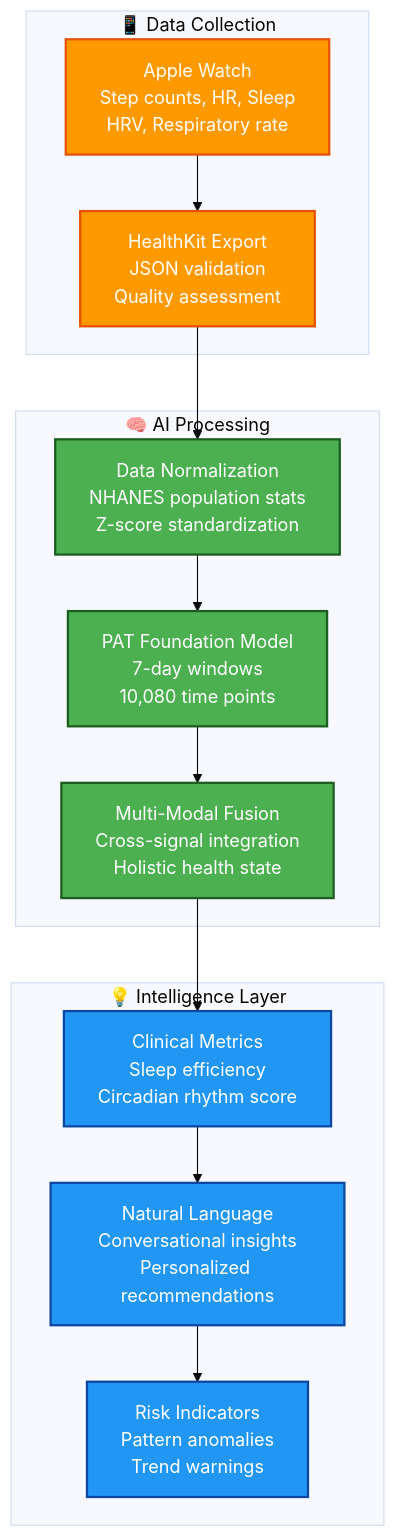
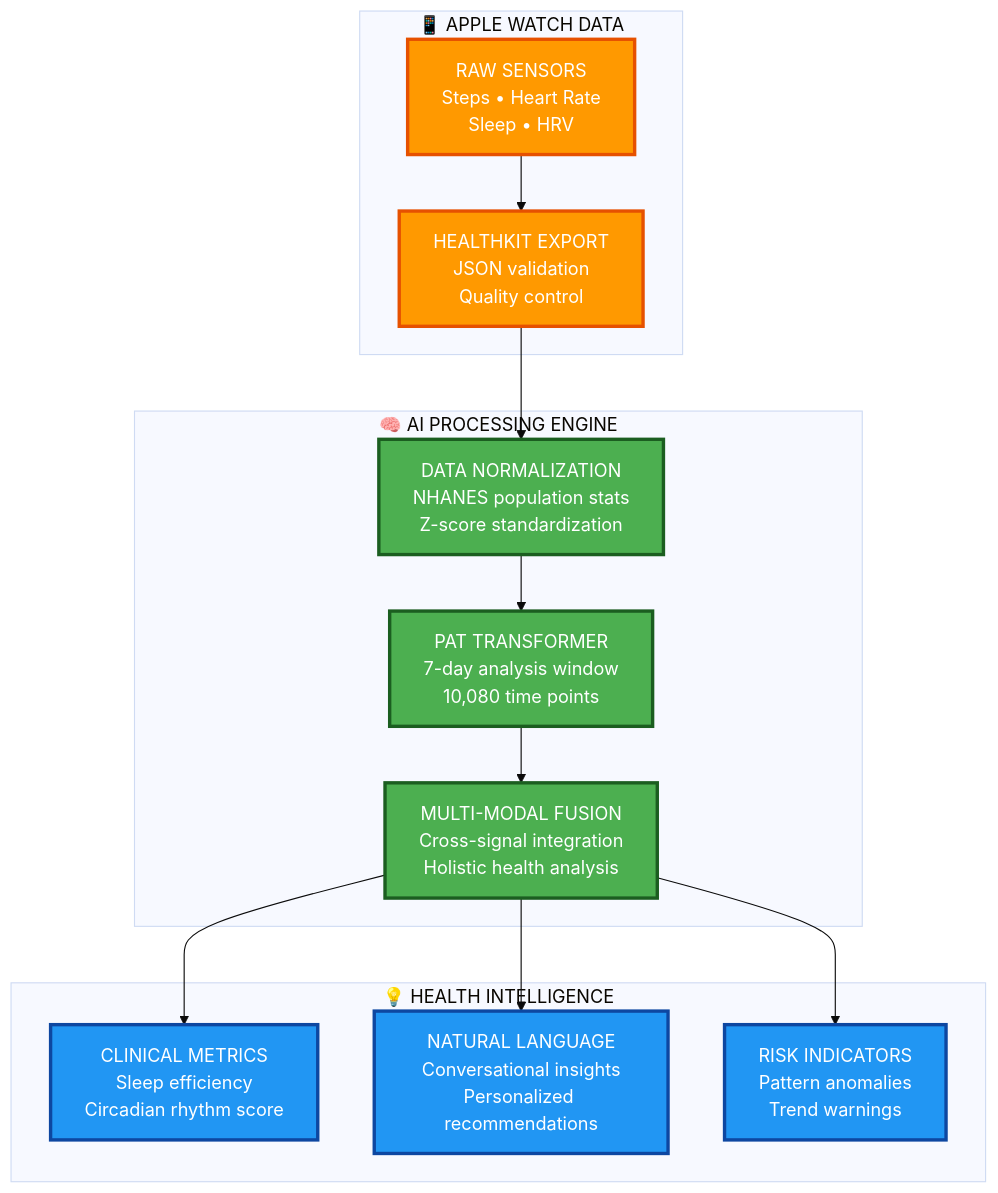
The first of 2 diagrams in docs/README.md (Clairty-Digital-Twin/clarity-loop-backend), drawn with Mermaid (base theme) before and after one commit. The commit also changed other lines of this file and 3 other files, not shown here.

````diff
--- a/docs/README.md
+++ b/docs/README.md
@@ -29,30 +29,35 @@
 ```mermaid
-graph TB
-    subgraph DataCollection ["📱 Data Collection"]
-        A[Apple Watch<br/>Step counts, HR, Sleep<br/>HRV, Respiratory rate]
-        B[HealthKit Export<br/>JSON validation<br/>Quality assessment]
+flowchart TD
+    subgraph Collection ["📱 APPLE WATCH DATA"]
+        A[RAW SENSORS<br/>Steps • Heart Rate<br/>Sleep • HRV]
+        B[HEALTHKIT EXPORT<br/>JSON validation<br/>Quality control]
     end
     
-    subgraph Processing ["🧠 AI Processing"]
-        C[Data Normalization<br/>NHANES population stats<br/>Z-score standardization]
-        D[PAT Foundation Model<br/>7-day windows<br/>10,080 time points]
-        E[Multi-Modal Fusion<br/>Cross-signal integration<br/>Holistic health state]
+    subgraph Processing ["🧠 AI PROCESSING ENGINE"]
+        C[DATA NORMALIZATION<br/>NHANES population stats<br/>Z-score standardization]
+        D[PAT TRANSFORMER<br/>7-day analysis window<br/>10,080 time points]
+        E[MULTI-MODAL FUSION<br/>Cross-signal integration<br/>Holistic health analysis]
     end
     
-    subgraph Intelligence ["💡 Intelligence Layer"]
-        F[Clinical Metrics<br/>Sleep efficiency<br/>Circadian rhythm score]
-        G[Natural Language<br/>Conversational insights<br/>Personalized recommendations]
-        H[Risk Indicators<br/>Pattern anomalies<br/>Trend warnings]
+    subgraph Intelligence ["💡 HEALTH INTELLIGENCE"]
+        F[CLINICAL METRICS<br/>Sleep efficiency<br/>Circadian rhythm score]
+        G[NATURAL LANGUAGE<br/>Conversational insights<br/>Personalized recommendations]
+        H[RISK INDICATORS<br/>Pattern anomalies<br/>Trend warnings]
     end
     
-    A --> B --> C --> D --> E
-    E --> F --> G --> H
+    A --> B
+    B --> C
+    C --> D
+    D --> E
+    E --> F
+    E --> G
+    E --> H
     
-    classDef collection fill:#ff9900,stroke:#e65100,stroke-width:2px,color:white
-    classDef processing fill:#4caf50,stroke:#1b5e20,stroke-width:2px,color:white
-    classDef intelligence fill:#2196f3,stroke:#0d47a1,stroke-width:2px,color:white
+    classDef collection fill:#ff9900,stroke:#e65100,stroke-width:3px,color:white
+    classDef processing fill:#4caf50,stroke:#1b5e20,stroke-width:3px,color:white
+    classDef intelligence fill:#2196f3,stroke:#0d47a1,stroke-width:3px,color:white
     
     class A,B collection
     class C,D,E processing
     class F,G,H intelligence
 ```
````
